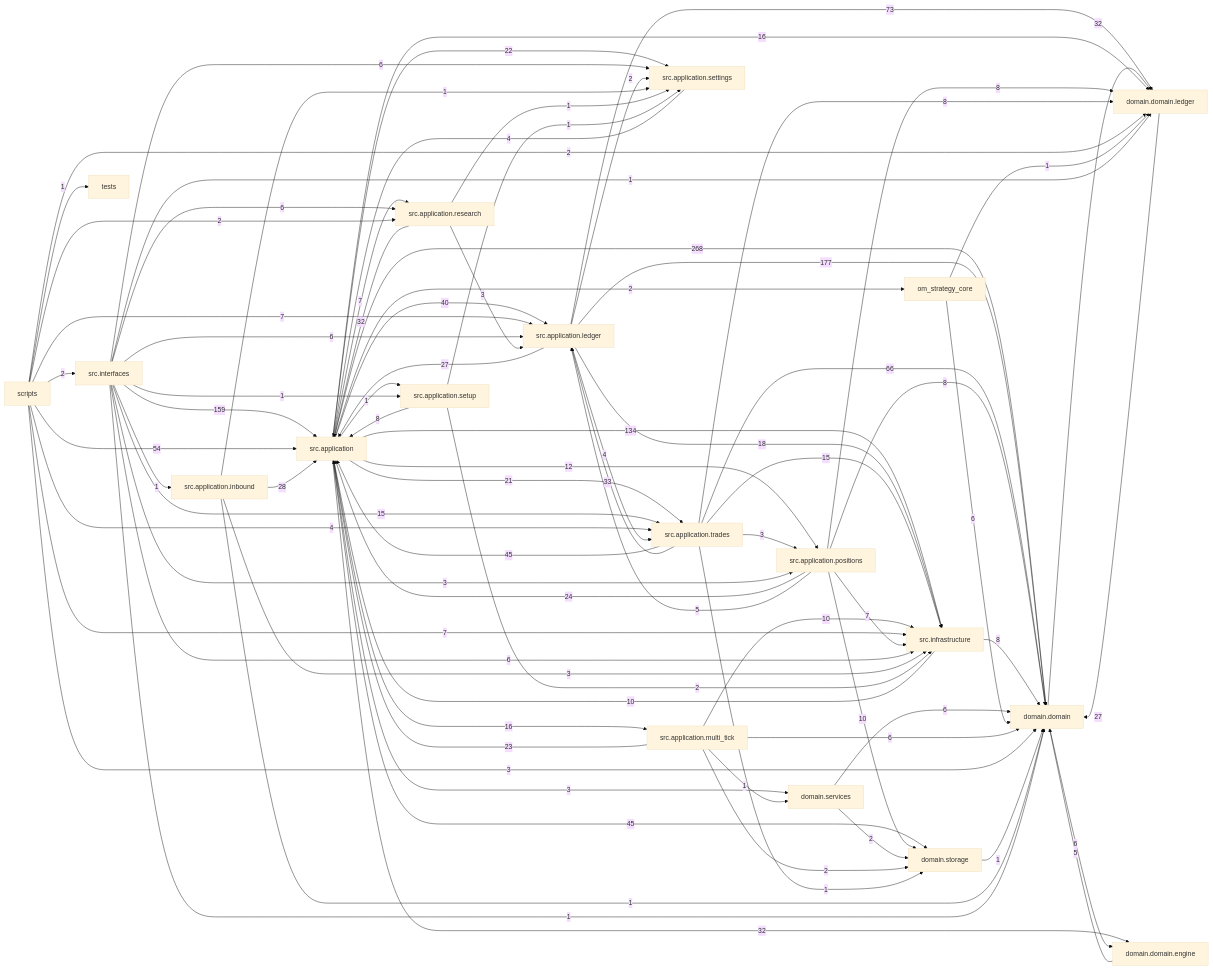
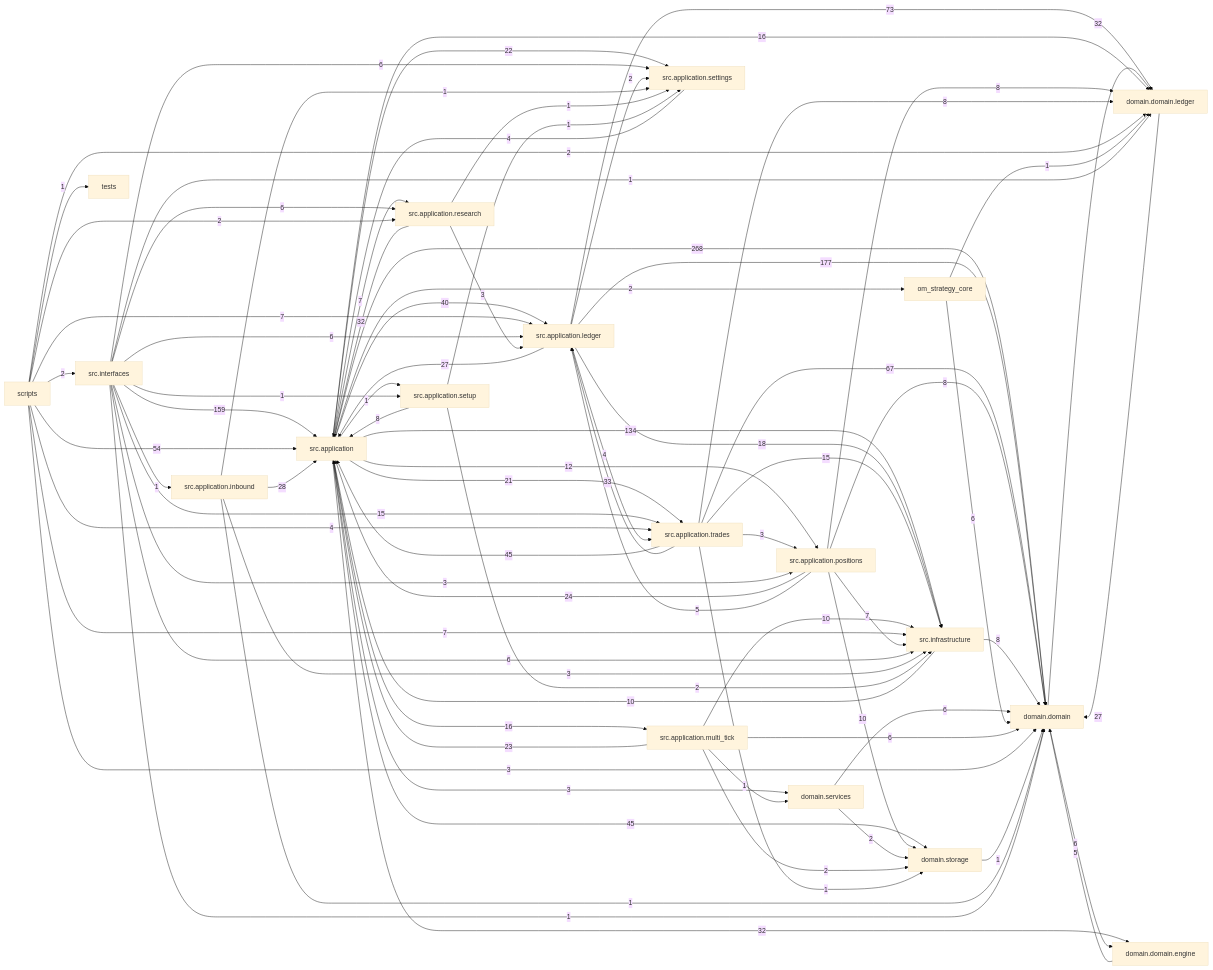
One commit to liuxie066/options-monitor changed the diagram in docs/dependency_graph.mmd. Above: the diagram before and after it, drawn with Mermaid (base theme). The commit also changed 5 other files, not shown here.

```diff
--- a/docs/dependency_graph.mmd
+++ b/docs/dependency_graph.mmd
@@ -1,81 +1,81 @@
 flowchart LR
   src_application["src.application"] -->|268| domain_domain["domain.domain"]
   src_application_ledger["src.application.ledger"] -->|177| domain_domain["domain.domain"]
   src_interfaces["src.interfaces"] -->|159| src_application["src.application"]
   src_application["src.application"] -->|134| src_infrastructure["src.infrastructure"]
   src_application_ledger["src.application.ledger"] -->|73| domain_domain_ledger["domain.domain.ledger"]
-  src_application_trades["src.application.trades"] -->|66| domain_domain["domain.domain"]
+  src_application_trades["src.application.trades"] -->|67| domain_domain["domain.domain"]
   scripts["scripts"] -->|54| src_application["src.application"]
   src_application["src.application"] -->|45| domain_storage["domain.storage"]
   src_application_trades["src.application.trades"] -->|45| src_application["src.application"]
   src_application["src.application"] -->|40| src_application_ledger["src.application.ledger"]
   src_application_trades["src.application.trades"] -->|33| src_application_ledger["src.application.ledger"]
   domain_domain["domain.domain"] -->|32| domain_domain_ledger["domain.domain.ledger"]
   src_application["src.application"] -->|32| domain_domain_engine["domain.domain.engine"]
   src_application_research["src.application.research"] -->|32| src_application["src.application"]
   src_application_inbound["src.application.inbound"] -->|28| src_application["src.application"]
   domain_domain_ledger["domain.domain.ledger"] -->|27| domain_domain["domain.domain"]
   src_application_ledger["src.application.ledger"] -->|27| src_application["src.application"]
   src_application_positions["src.application.positions"] -->|24| src_application["src.application"]
   src_application_multi_tick["src.application.multi_tick"] -->|23| src_application["src.application"]
   src_application["src.application"] -->|22| src_application_settings["src.application.settings"]
   src_application["src.application"] -->|21| src_application_trades["src.application.trades"]
   src_application_ledger["src.application.ledger"] -->|18| src_infrastructure["src.infrastructure"]
   src_application["src.application"] -->|16| domain_domain_ledger["domain.domain.ledger"]
   src_application["src.application"] -->|16| src_application_multi_tick["src.application.multi_tick"]
   src_application_trades["src.application.trades"] -->|15| src_infrastructure["src.infrastructure"]
   src_interfaces["src.interfaces"] -->|15| src_application_trades["src.application.trades"]
   src_application["src.application"] -->|12| src_application_positions["src.application.positions"]
   src_application_multi_tick["src.application.multi_tick"] -->|10| src_infrastructure["src.infrastructure"]
   src_application_positions["src.application.positions"] -->|10| domain_storage["domain.storage"]
   src_infrastructure["src.infrastructure"] -->|10| src_application["src.application"]
   src_application_positions["src.application.positions"] -->|8| domain_domain["domain.domain"]
   src_application_positions["src.application.positions"] -->|8| domain_domain_ledger["domain.domain.ledger"]
   src_application_setup["src.application.setup"] -->|8| src_application["src.application"]
   src_application_trades["src.application.trades"] -->|8| domain_domain_ledger["domain.domain.ledger"]
   src_infrastructure["src.infrastructure"] -->|8| domain_domain["domain.domain"]
   scripts["scripts"] -->|7| src_application_ledger["src.application.ledger"]
   scripts["scripts"] -->|7| src_infrastructure["src.infrastructure"]
   src_application["src.application"] -->|7| src_application_research["src.application.research"]
   src_application_positions["src.application.positions"] -->|7| src_infrastructure["src.infrastructure"]
   domain_domain["domain.domain"] -->|6| domain_domain_engine["domain.domain.engine"]
   domain_services["domain.services"] -->|6| domain_domain["domain.domain"]
   om_strategy_core["om_strategy_core"] -->|6| domain_domain["domain.domain"]
   src_application_multi_tick["src.application.multi_tick"] -->|6| domain_domain["domain.domain"]
   src_interfaces["src.interfaces"] -->|6| src_application_ledger["src.application.ledger"]
   src_interfaces["src.interfaces"] -->|6| src_application_research["src.application.research"]
   src_interfaces["src.interfaces"] -->|6| src_application_settings["src.application.settings"]
   src_interfaces["src.interfaces"] -->|6| src_infrastructure["src.infrastructure"]
   domain_domain_engine["domain.domain.engine"] -->|5| domain_domain["domain.domain"]
   src_application_positions["src.application.positions"] -->|5| src_application_ledger["src.application.ledger"]
   scripts["scripts"] -->|4| src_application_trades["src.application.trades"]
   src_application_ledger["src.application.ledger"] -->|4| src_application_trades["src.application.trades"]
   src_application_settings["src.application.settings"] -->|4| src_application["src.application"]
   scripts["scripts"] -->|3| domain_domain["domain.domain"]
   src_application["src.application"] -->|3| domain_services["domain.services"]
   src_application_inbound["src.application.inbound"] -->|3| src_infrastructure["src.infrastructure"]
   src_application_research["src.application.research"] -->|3| src_application_ledger["src.application.ledger"]
   src_application_trades["src.application.trades"] -->|3| src_application_positions["src.application.positions"]
   src_interfaces["src.interfaces"] -->|3| src_application_positions["src.application.positions"]
   domain_services["domain.services"] -->|2| domain_storage["domain.storage"]
   scripts["scripts"] -->|2| domain_domain_ledger["domain.domain.ledger"]
   scripts["scripts"] -->|2| src_application_research["src.application.research"]
   scripts["scripts"] -->|2| src_interfaces["src.interfaces"]
   src_application["src.application"] -->|2| om_strategy_core["om_strategy_core"]
   src_application_ledger["src.application.ledger"] -->|2| src_application_settings["src.application.settings"]
   src_application_multi_tick["src.application.multi_tick"] -->|2| domain_storage["domain.storage"]
   src_application_setup["src.application.setup"] -->|2| src_infrastructure["src.infrastructure"]
   domain_storage["domain.storage"] -->|1| domain_domain["domain.domain"]
   om_strategy_core["om_strategy_core"] -->|1| domain_domain_ledger["domain.domain.ledger"]
   scripts["scripts"] -->|1| tests["tests"]
   src_application["src.application"] -->|1| src_application_setup["src.application.setup"]
   src_application_inbound["src.application.inbound"] -->|1| domain_domain["domain.domain"]
   src_application_inbound["src.application.inbound"] -->|1| src_application_settings["src.application.settings"]
   src_application_multi_tick["src.application.multi_tick"] -->|1| domain_services["domain.services"]
   src_application_research["src.application.research"] -->|1| src_application_settings["src.application.settings"]
   src_application_setup["src.application.setup"] -->|1| src_application_settings["src.application.settings"]
   src_application_trades["src.application.trades"] -->|1| domain_storage["domain.storage"]
   src_interfaces["src.interfaces"] -->|1| domain_domain["domain.domain"]
   src_interfaces["src.interfaces"] -->|1| domain_domain_ledger["domain.domain.ledger"]
   src_interfaces["src.interfaces"] -->|1| src_application_inbound["src.application.inbound"]
   src_interfaces["src.interfaces"] -->|1| src_application_setup["src.application.setup"]
```
